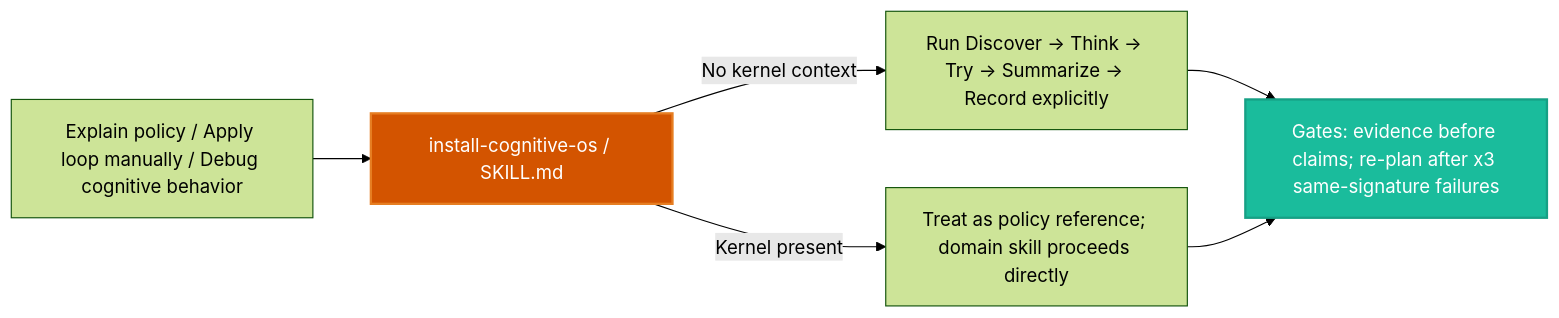
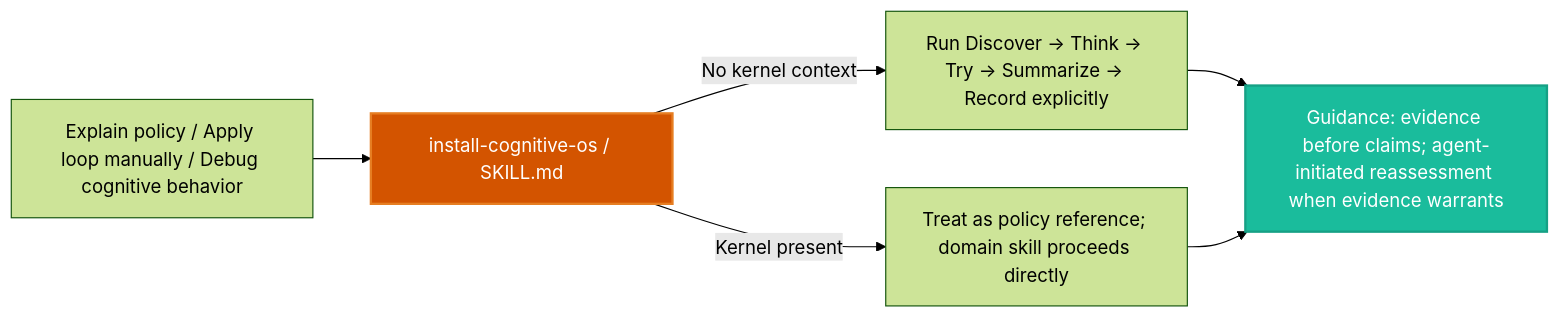
The second of 3 diagrams in docs/workflows/install-cognitive-os.md (dyphn1/Harness-everything), drawn with Mermaid (forest theme) before and after one commit. The commit also changed other lines of this file and 17 other files, not shown here.

First line of the commit message:
docs(zoom-out): describe agent-initiated zoom-out in active docs

````diff
--- a/docs/workflows/install-cognitive-os.md
+++ b/docs/workflows/install-cognitive-os.md
@@ -32,11 +32,11 @@
 ```mermaid
 graph LR
   Trigger["Explain policy / Apply loop manually / Debug cognitive behavior"] --> Skill["install-cognitive-os / SKILL.md"]
   Skill -->|No kernel context| Manual["Run Discover → Think → Try → Summarize → Record explicitly"]
   Skill -->|Kernel present| Policy["Treat as policy reference; domain skill proceeds directly"]
-  Manual --> Gates["Gates: evidence before claims; re-plan after x3 same-signature failures"]
+  Manual --> Gates["Guidance: evidence before claims; agent-initiated reassessment when evidence warrants"]
   Policy --> Gates
 
   style Skill fill:#d35400,stroke:#e67e22,stroke-width:2px,color:#ffffff
   style Gates fill:#1abc9c,stroke:#16a085,stroke-width:2px,color:#ffffff
 ```
````
